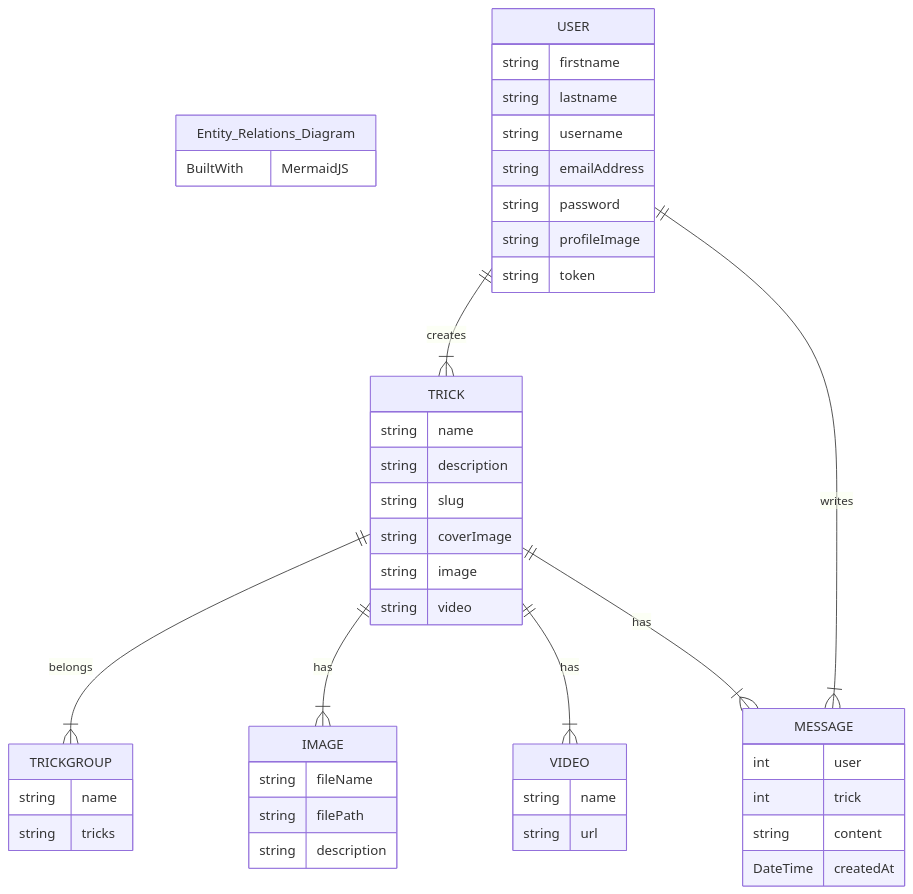
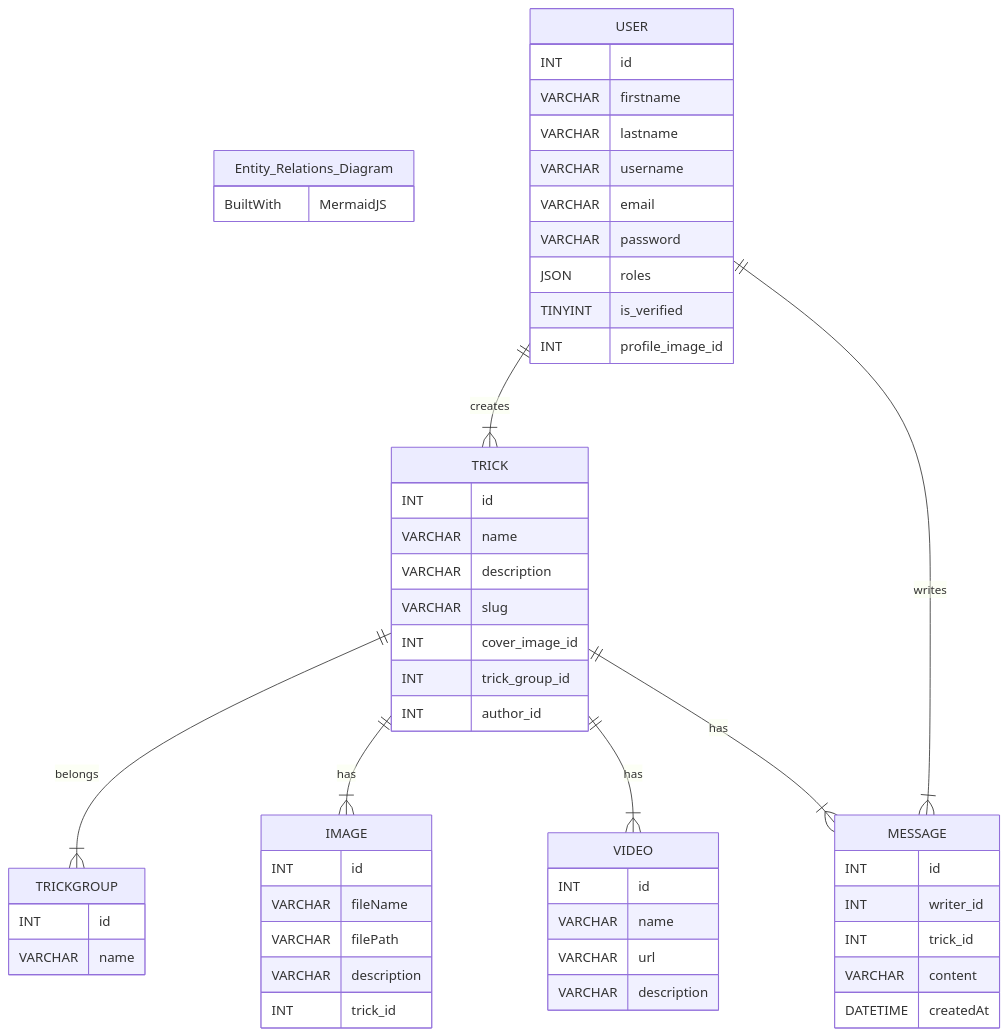
Before and after one commit to Palingenae/OC-P6-SnowTricks: the diagram in doc/diagrams/entity-relations.md, drawn with Mermaid. The commit also changed 73 other files, not shown here.

````diff
--- a/doc/diagrams/entity-relations.md
+++ b/doc/diagrams/entity-relations.md
@@ -1,48 +1,56 @@
 ```mermaid
     erDiagram
         Entity_Relations_Diagram {
             BuiltWith MermaidJS
         }
         TRICK ||--|{ TRICKGROUP: belongs
         TRICK ||--|{ IMAGE: has
         TRICK ||--|{ VIDEO: has
         TRICK ||--|{ MESSAGE: has
         USER ||--|{ TRICK: creates
         USER ||--|{ MESSAGE: writes
         TRICK {
-            string name
-            string description
-            string slug
-            string coverImage
-            string image
-            string video
+            INT id
+            VARCHAR name
+            VARCHAR description
+            VARCHAR slug
+            INT cover_image_id
+            INT trick_group_id
+            INT author_id
         }
         USER {
-            string firstname
-            string lastname
-            string username
-            string emailAddress
-            string password
-            string profileImage
-            string token
+            INT id
+            VARCHAR firstname
+            VARCHAR lastname
+            VARCHAR username
+            VARCHAR email
+            VARCHAR password
+            JSON roles
+            TINYINT is_verified
+            INT profile_image_id
         }
         MESSAGE {
-            int user
-            int trick
-            string content
-            DateTime createdAt
+            INT id
+            INT writer_id
+            INT trick_id
+            VARCHAR content
+            DATETIME createdAt
         }
         TRICKGROUP {
-            string name
-            string tricks
+            INT id
+            VARCHAR name
         }
         IMAGE {
-            string fileName
-            string filePath
-            string description
+            INT id
+            VARCHAR fileName
+            VARCHAR filePath
+            VARCHAR description
+            INT trick_id
         }
         VIDEO {
-            string name
-            string url
+            INT id
+            VARCHAR name
+            VARCHAR url
+            VARCHAR description
         }
 ```
````
